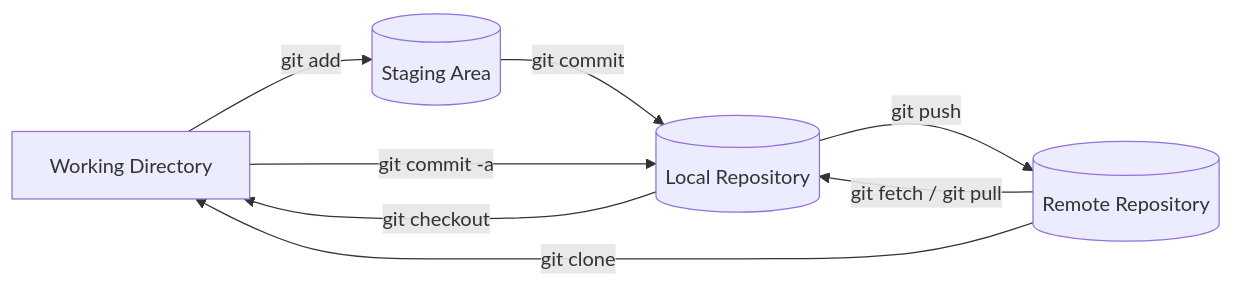
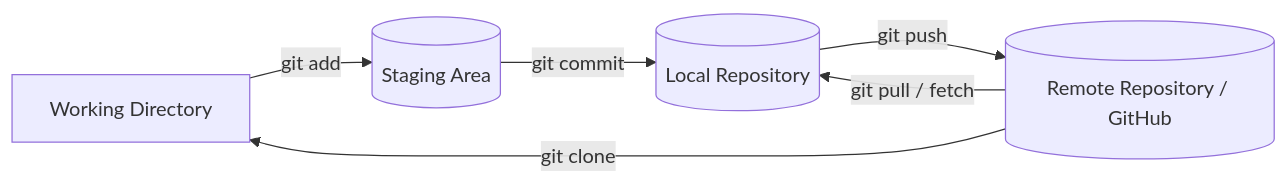
One commit to h23pouladi/git-cheat-sheet changed the third of 4 diagrams in README.md. Above: the diagram before and after it, drawn with Mermaid.

````diff
--- a/README.md
+++ b/README.md
@@ -71,15 +71,13 @@
 ```mermaid
 flowchart LR
-    WD[Working Directory]
-    SA[(Staging Area)]
-    LR[(Local Repository)]
-    RR[(Remote Repository)]
+WD[Working Directory]
+SA[(Staging Area)]
+LR[(Local Repository)]
+RR[(Remote Repository / GitHub)]
 
-    WD -- git add --> SA
-    SA -- git commit --> LR
-    WD -- git commit -a --> LR
-    LR -- git push --> RR
-    RR -- git fetch / git pull --> LR
-    LR -- git checkout --> WD
-    RR -- git clone --> WD
+WD -- "git add" --> SA
+SA -- "git commit" --> LR
+LR -- "git push" --> RR
+RR -- "git pull / fetch" --> LR
+RR -- "git clone" --> WD
 ```
````
